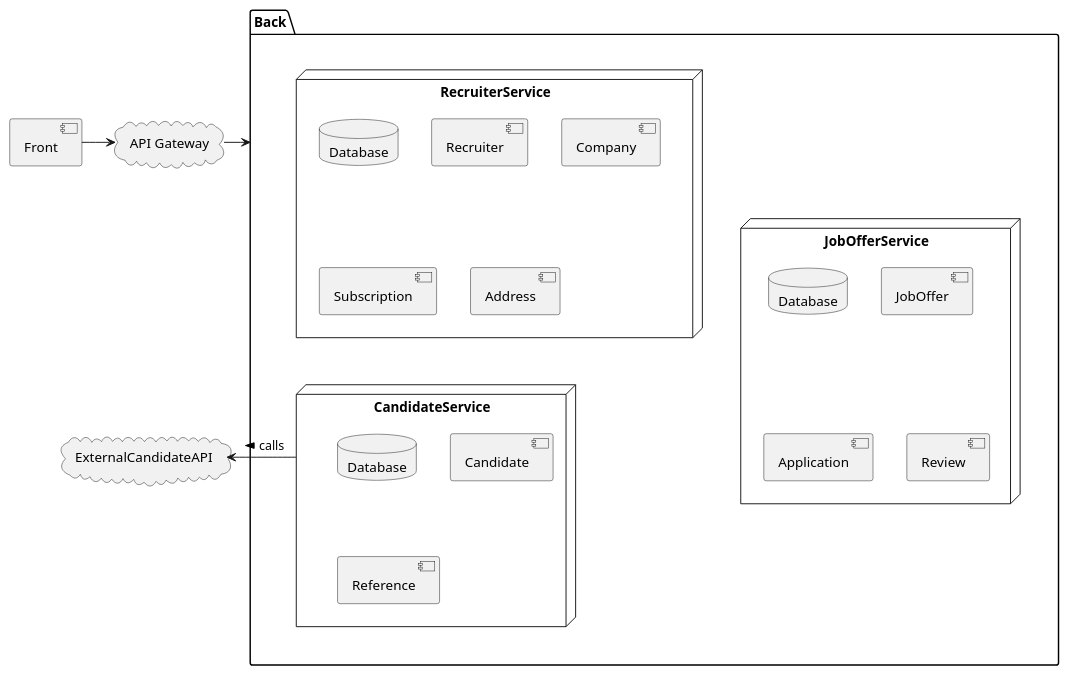
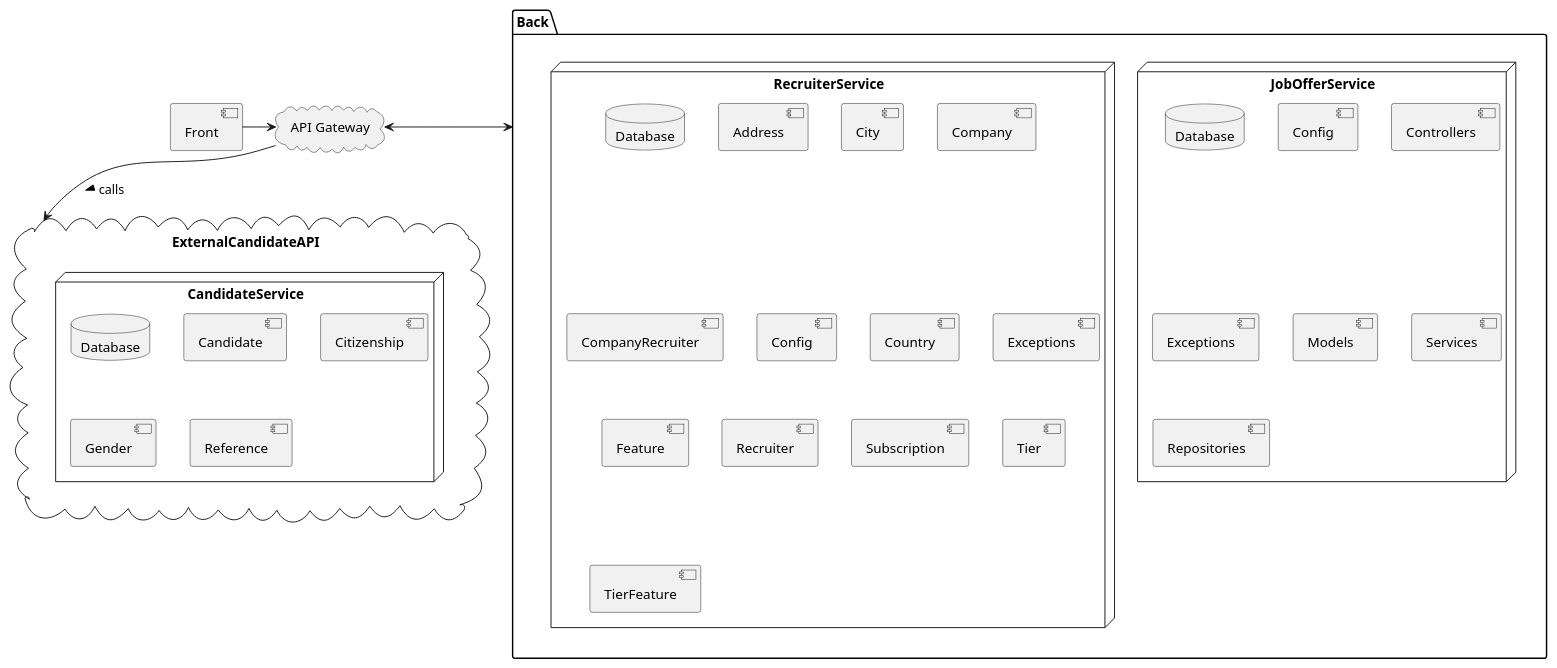
One commit to iusildra/tempo-talent changed the diagram in docs/architecture.plantuml. Above: the diagram before and after it, drawn with PlantUML. The commit also changed 4 other files, not shown here.

```diff
--- a/docs/architecture.plantuml
+++ b/docs/architecture.plantuml
@@ -1,32 +1,46 @@
-@startuml
+@startuml architecture
 cloud "API Gateway" as gateway
 component Front
 package Back {
+  node JobOfferService {
+    database "Database" as JobOfferDatabase
+    component Config as JobOfferConfig
+    component Controllers as JobOfferControllers
+    component Exceptions as JobOfferExceptions
+    component Models as JobOfferModels
+    component Services as JobOfferServices
+    component Repositories as JobOfferRepositories
+  }
   node RecruiterService {
     database "Database" as RecruiterDatabase
+    component Address
+    component City
+    component Company
+    component CompanyRecruiter
+    component Config
+    component Country
+    component Exceptions
+    component Feature
     component Recruiter
-    component Company
     component Subscription
-    component Address
+    component Tier
+    component TierFeature
   }
-  node JobOfferService {
-    database "Database" as JobOfferDatabase
-    component JobOffer
-    component Application
-    component Review
-  }
+}
+
+cloud ExternalCandidateAPI {
   node CandidateService {
     database "Database" as CandidateDatabase
     component Candidate
+    component Citizenship
+    component Gender
     component Reference
   }
-  JobOfferService -[hidden]u- RecruiterService
 }
 
 Front   -> gateway
-gateway -> Back
+gateway <-> Back
 
-cloud ExternalCandidateAPI
 
-CandidateService -l-> ExternalCandidateAPI: > calls
+gateway --> ExternalCandidateAPI: > calls
 @enduml
```
